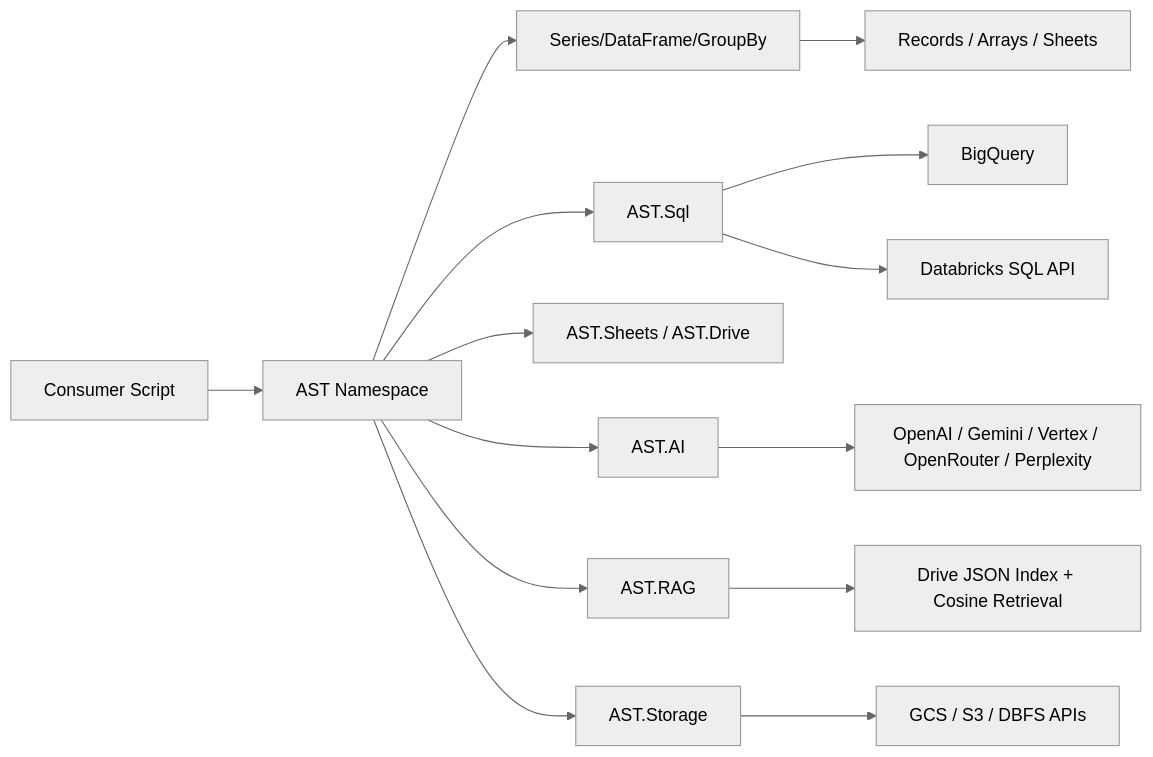
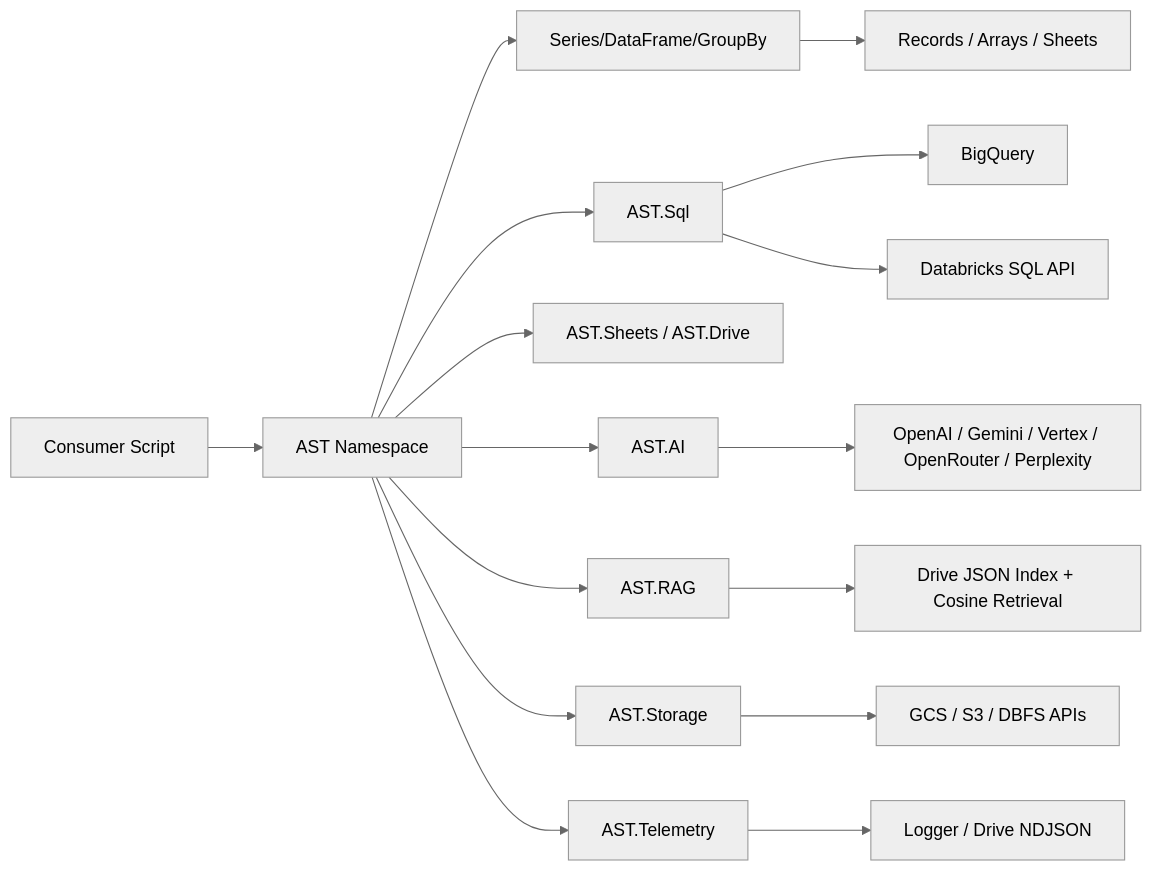
Before and after one commit to joe-broadhead/apps-script-tools: the diagram in docs/index.md, drawn with Mermaid (neutral theme). The commit also changed other lines of this file and 23 other files, not shown here.

Commit message:
Add AST.Telemetry foundation with AI/RAG instrumentation

````diff
--- a/docs/index.md
+++ b/docs/index.md
@@ -28,16 +29,18 @@
 ```mermaid
 flowchart LR
     A[Consumer Script] --> B[AST Namespace]
     B --> C[Series/DataFrame/GroupBy]
     B --> D[AST.Sql]
     B --> E[AST.Sheets / AST.Drive]
     B --> I[AST.AI]
     B --> K[AST.RAG]
     B --> M[AST.Storage]
+    B --> O[AST.Telemetry]
     D --> F[BigQuery]
     D --> G[Databricks SQL API]
     I --> J[OpenAI / Gemini / Vertex / OpenRouter / Perplexity]
     K --> L[Drive JSON Index + Cosine Retrieval]
     M --> N[GCS / S3 / DBFS APIs]
+    O --> P[Logger / Drive NDJSON]
     C --> H[Records / Arrays / Sheets]
 ```
````
